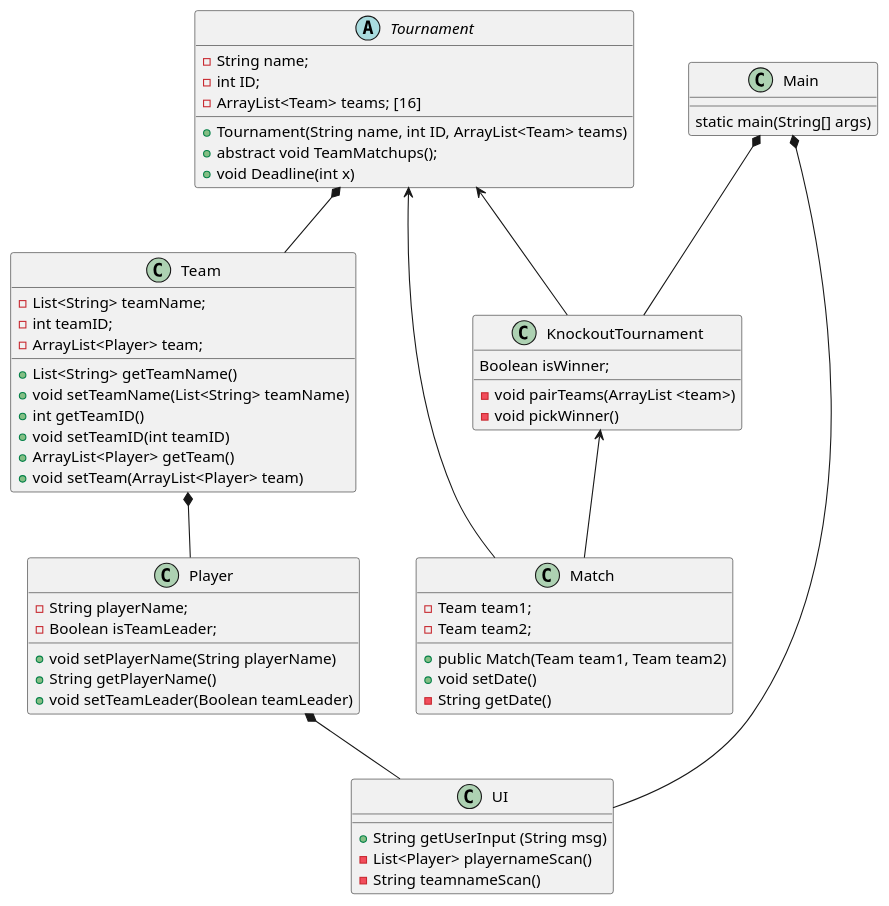
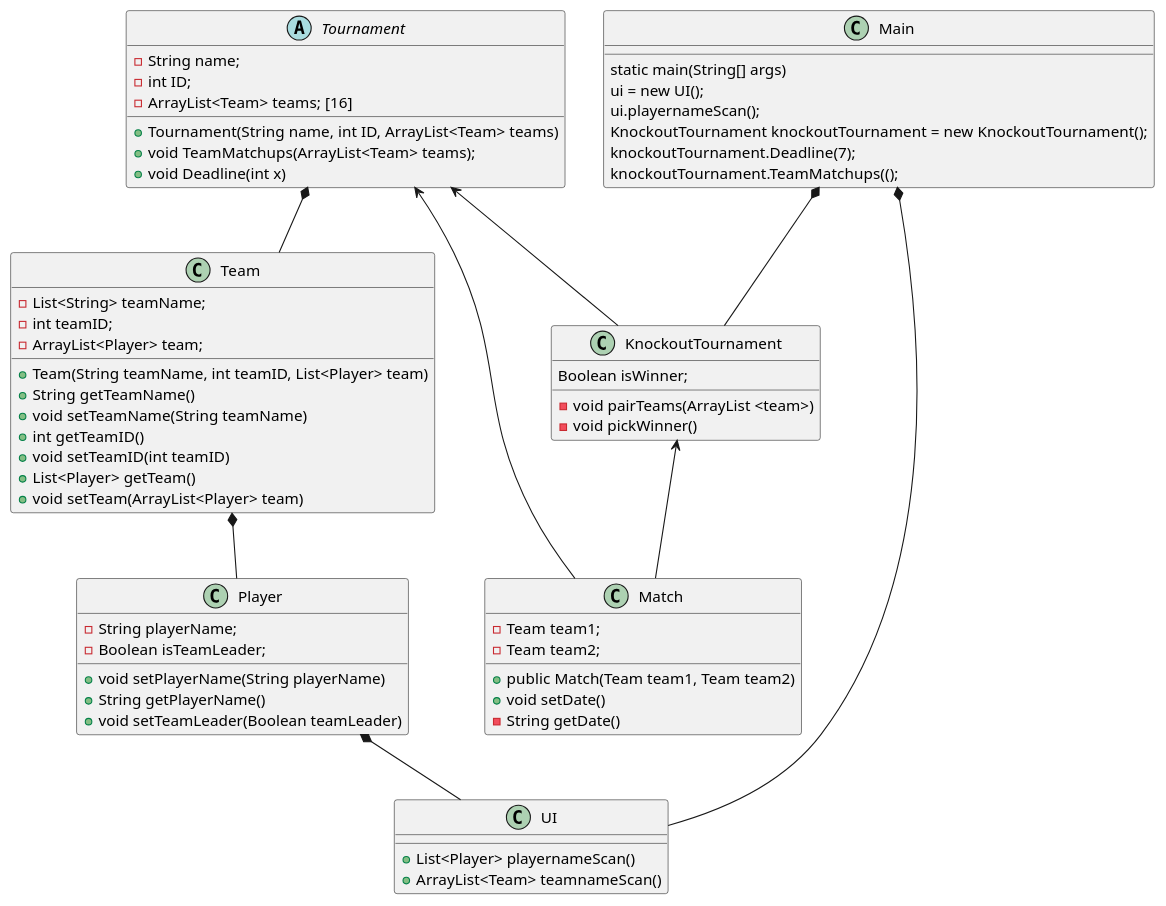
Before and after one commit to SimonLyng/SP3: the diagram in SP3/out/production/SP3/UML/SP3 klasseDiagram.puml, drawn with PlantUML. The commit also changed 8 other files, not shown here.

```diff
--- a/SP3/out/production/SP3/UML/SP3 klasseDiagram.puml
+++ b/SP3/out/production/SP3/UML/SP3 klasseDiagram.puml
@@ -1,70 +1,76 @@
 @startuml
 'https://plantuml.com/class-diagram
 
 Tournament<--KnockoutTournament
 Team*--Player
 Tournament*--Team
 Player*-- UI
 Main*--KnockoutTournament
 KnockoutTournament<-- Match
 Tournament<-- Match
 Main*-- UI
 
 class Player{
 - String playerName;
  -Boolean isTeamLeader;
  +void setPlayerName(String playerName)
  +String getPlayerName()
  +void setTeamLeader(Boolean teamLeader)
 
 }
 
 class Team{
 -List<String> teamName;
 -int teamID;
 -ArrayList<Player> team;
-+List<String> getTeamName()
-+void setTeamName(List<String> teamName)
++Team(String teamName, int teamID, List<Player> team)
++String getTeamName()
++void setTeamName(String teamName)
 +int getTeamID()
 +void setTeamID(int teamID)
-+ArrayList<Player> getTeam()
-+void setTeam(ArrayList<Player> team)
+ +List<Player> getTeam()
+ +void setTeam(ArrayList<Player> team)
 }
 
 abstract class Tournament {
 -String name;
 -int ID;
 -ArrayList<Team> teams; [16]
 +Tournament(String name, int ID, ArrayList<Team> teams)
-+abstract void TeamMatchups();
++ void TeamMatchups(ArrayList<Team> teams);
  +void Deadline(int x)
 
 
 }
 
 class KnockoutTournament {
 Boolean isWinner;
 - void pairTeams(ArrayList <team>)
 -void pickWinner()
 }
 
 class UI {
-+String getUserInput (String msg)
--List<Player> playernameScan()
--String teamnameScan()
++List<Player> playernameScan()
++ ArrayList<Team> teamnameScan()
 }
 
 class Main{
 
 static main(String[] args)
+ ui = new UI();
+ ui.playernameScan();
+ KnockoutTournament knockoutTournament = new KnockoutTournament();
+ knockoutTournament.Deadline(7);
+ knockoutTournament.TeamMatchups(();
+
 }
 
 class Match {
   -Team team1;
   -Team team2;
  + public Match(Team team1, Team team2)
  +void setDate()
  -String getDate()
 
 }
 @enduml
```
